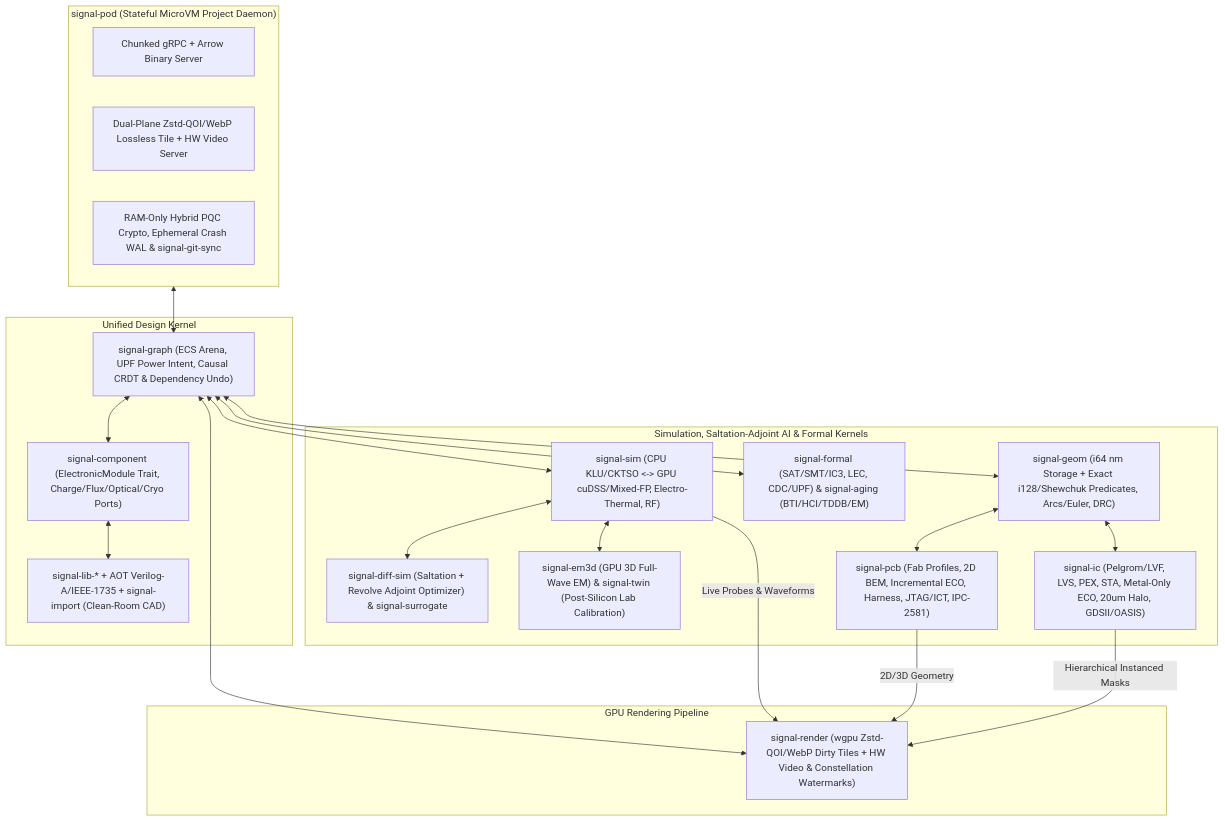
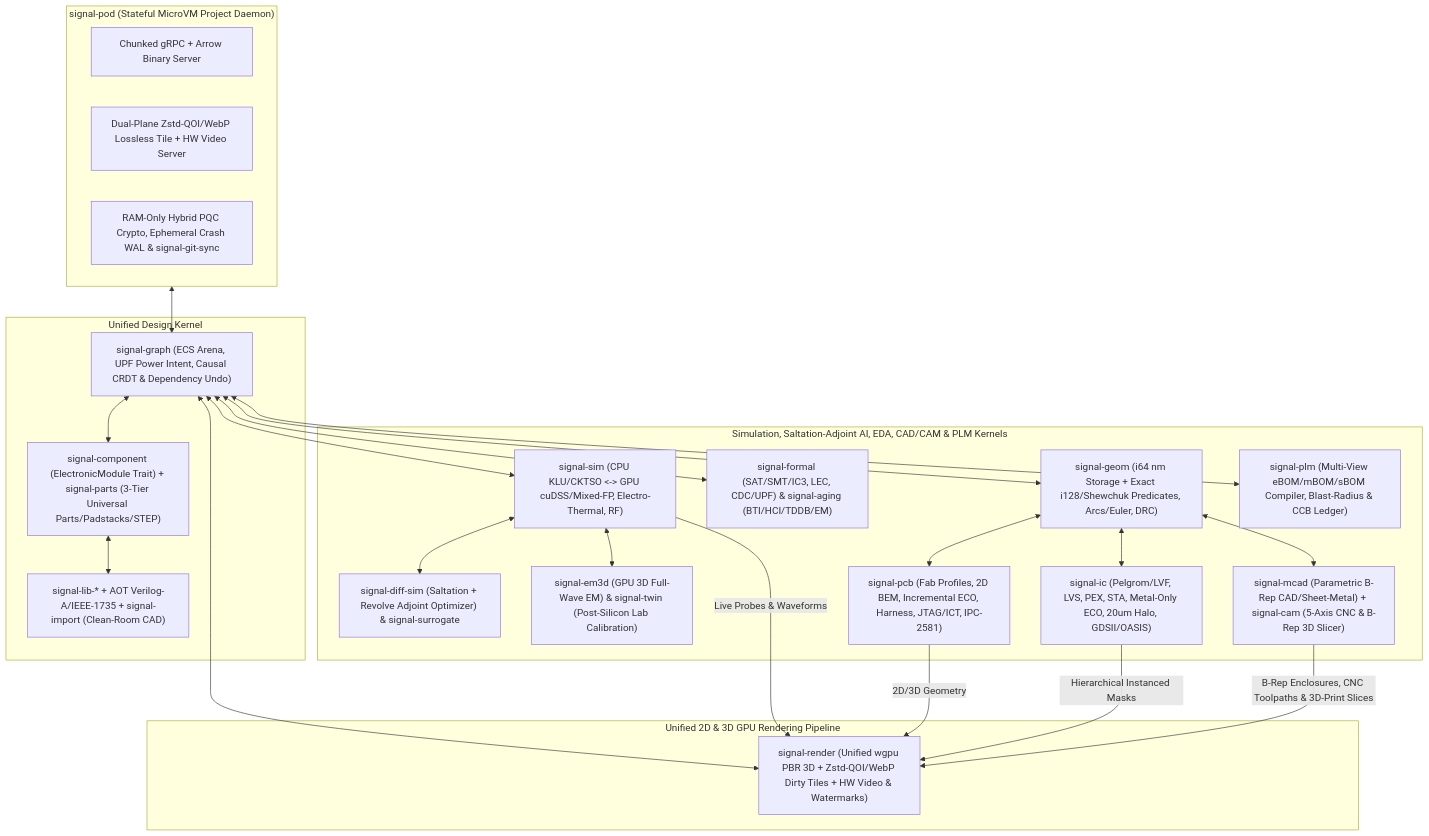
Before and after one commit to the-code-master/signal: the second of 2 diagrams in architecture/03-rust-eda-engine.md, drawn with Mermaid. The commit also changed other lines of this file and 22 other files, not shown here.

Commit message:
docs: synchronize all 20 architecture specs, engineering guides, Cursor rules, and 17 skills end-to-end

````diff
--- a/architecture/03-rust-eda-engine.md
+++ b/architecture/03-rust-eda-engine.md
@@ -82,43 +82,48 @@
 ```mermaid
 flowchart TB
     subgraph PodDaemon["signal-pod (Stateful MicroVM Project Daemon)"]
         GRPC["Chunked gRPC + Arrow Binary Server"]
         Stream["Dual-Plane Zstd-QOI/WebP Lossless Tile + HW Video Server"]
         Vault["RAM-Only Hybrid PQC Crypto, Ephemeral Crash WAL & signal-git-sync"]
     end
 
     subgraph Core["Unified Design Kernel"]
         Graph["signal-graph (ECS Arena, UPF Power Intent, Causal CRDT & Dependency Undo)"]
-        Comp["signal-component (ElectronicModule Trait, Charge/Flux/Optical/Cryo Ports)"]
+        Comp["signal-component (ElectronicModule Trait) + signal-parts (3-Tier Universal Parts/Padstacks/STEP)"]
         Libs["signal-lib-* + AOT Verilog-A/IEEE-1735 + signal-import (Clean-Room CAD)"]
     end
 
-    subgraph Solvers["Simulation, Saltation-Adjoint AI & Formal Kernels"]
+    subgraph Solvers["Simulation, Saltation-Adjoint AI, EDA, CAD/CAM & PLM Kernels"]
         Sim["signal-sim (CPU KLU/CKTSO <-> GPU cuDSS/Mixed-FP, Electro-Thermal, RF)"]
         Diff["signal-diff-sim (Saltation + Revolve Adjoint Optimizer) & signal-surrogate"]
         Formal["signal-formal (SAT/SMT/IC3, LEC, CDC/UPF) & signal-aging (BTI/HCI/TDDB/EM)"]
         EM3D["signal-em3d (GPU 3D Full-Wave EM) & signal-twin (Post-Silicon Lab Calibration)"]
         Geom["signal-geom (i64 nm Storage + Exact i128/Shewchuk Predicates, Arcs/Euler, DRC)"]
         PCB["signal-pcb (Fab Profiles, 2D BEM, Incremental ECO, Harness, JTAG/ICT, IPC-2581)"]
         IC["signal-ic (Pelgrom/LVF, LVS, PEX, STA, Metal-Only ECO, 20um Halo, GDSII/OASIS)"]
+        MCAD["signal-mcad (Parametric B-Rep CAD/Sheet-Metal) + signal-cam (5-Axis CNC & B-Rep 3D Slicer)"]
+        PLM["signal-plm (Multi-View eBOM/mBOM/sBOM Compiler, Blast-Radius & CCB Ledger)"]
     end
 
-    subgraph Visual["GPU Rendering Pipeline"]
-        Render["signal-render (wgpu Zstd-QOI/WebP Dirty Tiles + HW Video & Constellation Watermarks)"]
+    subgraph Visual["Unified 2D & 3D GPU Rendering Pipeline"]
+        Render["signal-render (Unified wgpu PBR 3D + Zstd-QOI/WebP Dirty Tiles + HW Video & Watermarks)"]
     end
 
     PodDaemon <--> Graph
     Graph <--> Comp
     Comp <--> Libs
     Graph <--> Sim
     Sim <--> Diff
     Graph <--> Formal
     Sim <--> EM3D
     Graph <--> Geom
     Geom <--> PCB
     Geom <--> IC
+    Geom <--> MCAD
+    Graph <--> PLM
     Graph <--> Render
     Sim -->|"Live Probes & Waveforms"| Render
     PCB -->|"2D/3D Geometry"| Render
     IC -->|"Hierarchical Instanced Masks"| Render
+    MCAD -->|"B-Rep Enclosures, CNC Toolpaths & 3D-Print Slices"| Render
 ```
````
